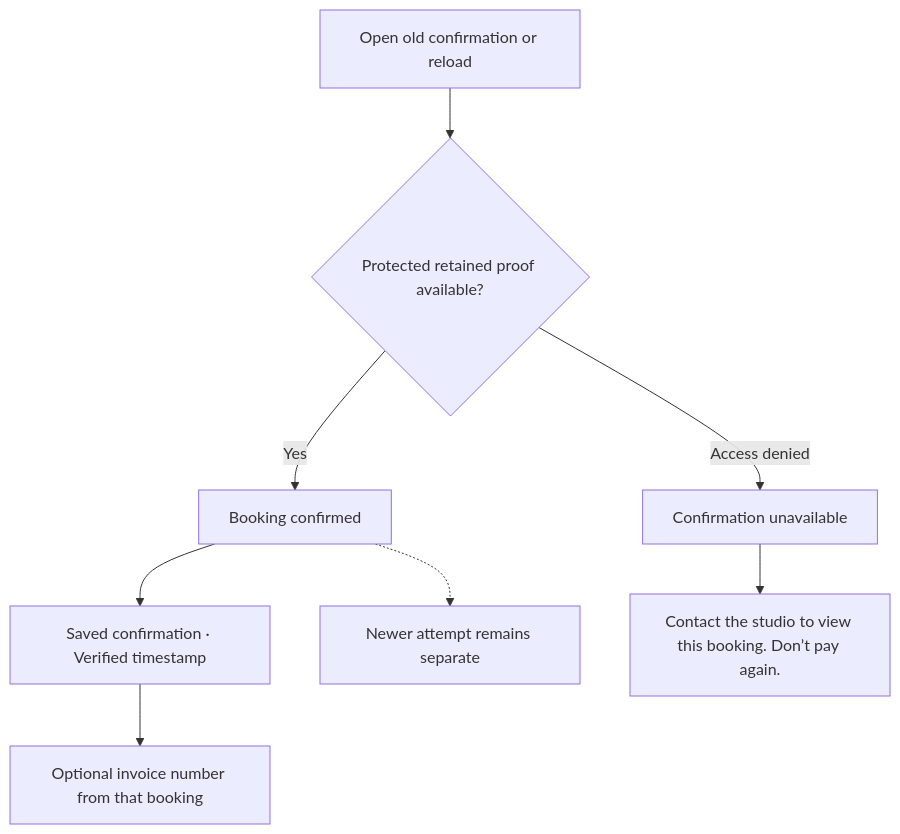
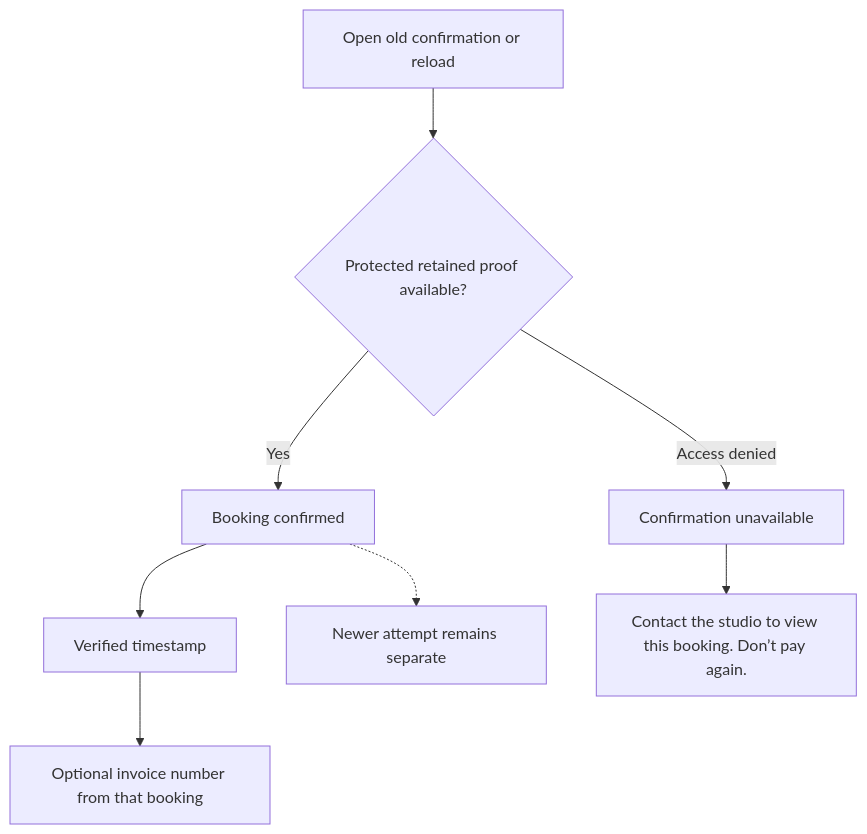
Diagram 15 of 19 in docs/booking-flows.md (soccerbotstudiosg/soccerbotstudioSG), drawn with Mermaid before and after one commit. The commit also changed other lines of this file and 30 other files, not shown here.

````diff
--- a/docs/booking-flows.md
+++ b/docs/booking-flows.md
@@ -229,10 +229,10 @@
 ```mermaid
 flowchart TD
   A["Open old confirmation or reload"] --> B{"Protected retained proof available?"}
   B -->|Yes| C["Booking confirmed"]
-  C --> D["Saved confirmation · Verified timestamp"]
+  C --> D["Verified timestamp"]
   D --> E["Optional invoice number from that booking"]
   B -->|Access denied| F["Confirmation unavailable"]
   F --> G["Contact the studio to view this booking. Don’t pay again."]
   C -.-> H["Newer attempt remains separate"]
 ```
````
